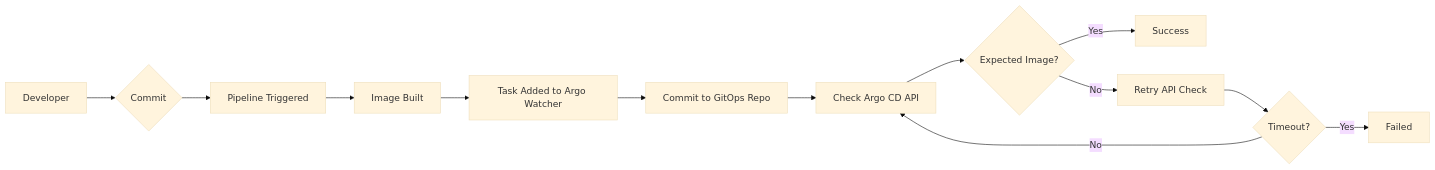
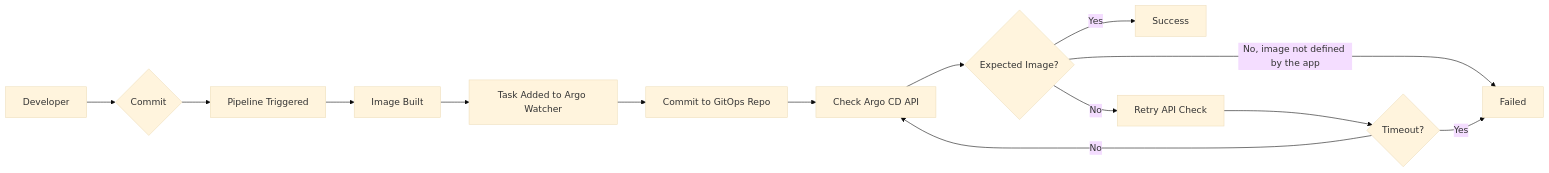
One commit to shini4i/argo-watcher changed the second of 2 diagrams in docs/getting-started/concepts.md. Above: the diagram before and after it, drawn with Mermaid (base theme). The commit also changed other lines of this file and 18 other files, not shown here.

Commit message:
feat(server): fail fast when the image is not part of the application (#521)

````diff
--- a/docs/getting-started/concepts.md
+++ b/docs/getting-started/concepts.md
@@ -73,15 +74,16 @@
 ```mermaid
 graph LR
     Dev[Developer] --> Commit{Commit}
     Commit --> Pipeline[Pipeline Triggered]
     Pipeline --> Docker[Image Built]
     Docker --> Task[Task Added to Argo Watcher]
     Task --> ImageUpdate[Commit to GitOps Repo]
     ImageUpdate --> Check[Check Argo CD API]
     Check --> Decision{Expected Image?}
     Decision -->|Yes| Success[Success]
+    Decision -->|No, image not defined by the app| Failed
     Decision -->|No| Retry[Retry API Check]
     Retry --> Timeout{Timeout?}
     Timeout -->|Yes| Failed[Failed]
     Timeout -->|No| Check
 ```
````
